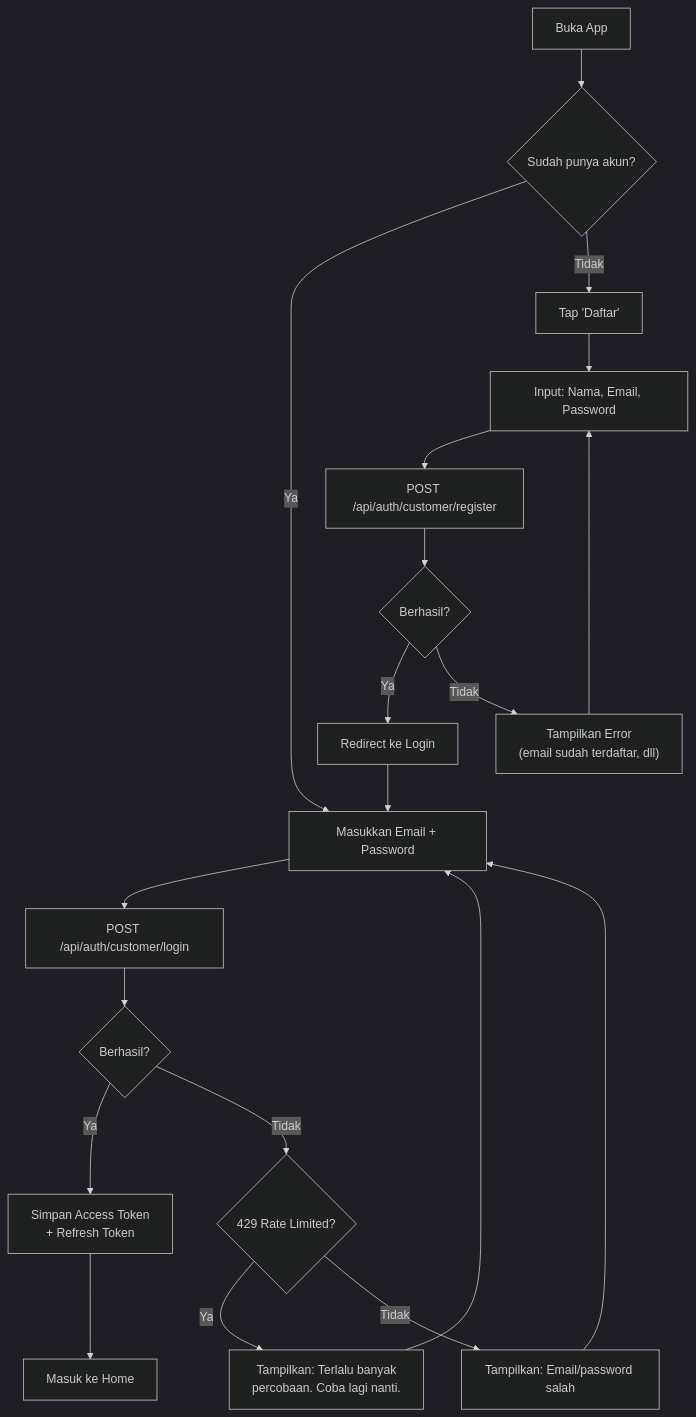
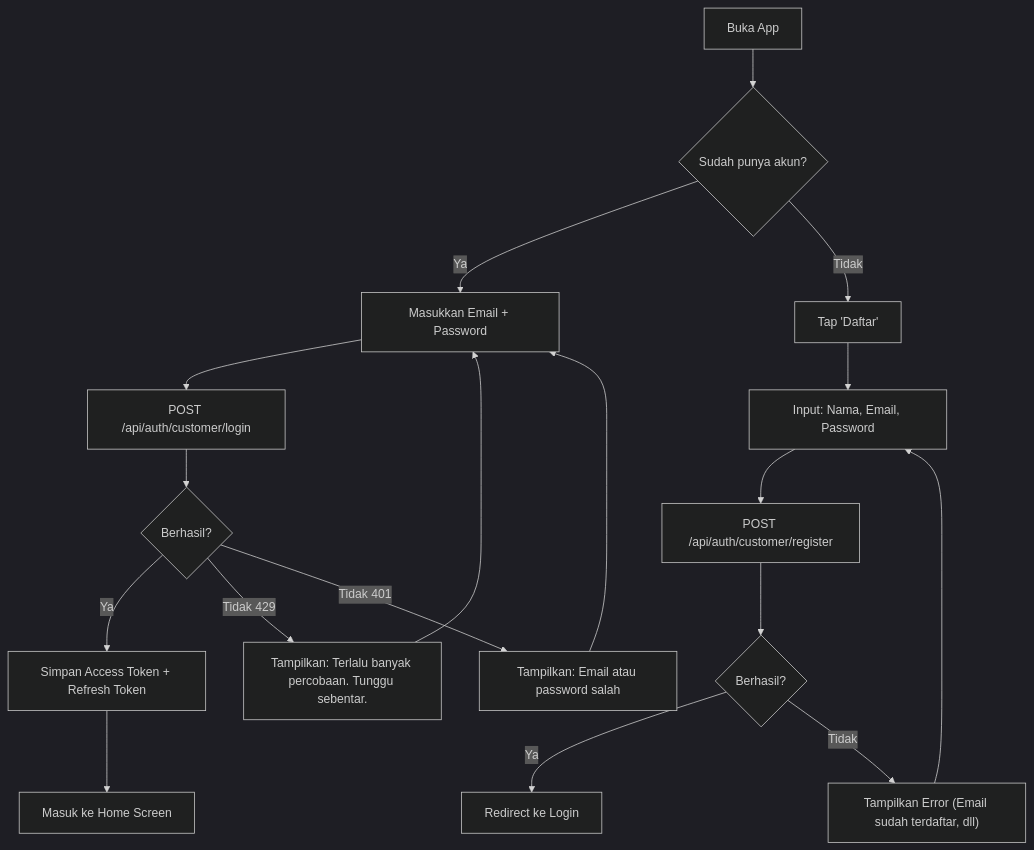
The fourth of 7 diagrams in prd/GG Tix - Dokumen Konsep Lengkap.md (Artdi222/GG-Tix), drawn with Mermaid (dark theme) before and after one commit. The commit also changed other lines of this file and 12 other files, not shown here.

````diff
--- a/prd/GG Tix - Dokumen Konsep Lengkap.md
+++ b/prd/GG Tix - Dokumen Konsep Lengkap.md
@@ -444,22 +445,20 @@
 ```mermaid
 flowchart TD
     A["Buka App"] --> B{"Sudah punya akun?"}
     B -->|Ya| C["Masukkan Email + Password"]
     B -->|Tidak| D["Tap 'Daftar'"]
     D --> E["Input: Nama, Email, Password"]
     E --> F["POST /api/auth/customer/register"]
     F --> G{"Berhasil?"}
     G -->|Ya| H["Redirect ke Login"]
-    G -->|Tidak| I["Tampilkan Error<br/>(email sudah terdaftar, dll)"]
+    G -->|Tidak| I["Tampilkan Error (Email sudah terdaftar, dll)"]
     I --> E
     C --> J["POST /api/auth/customer/login"]
     J --> K{"Berhasil?"}
-    K -->|Ya| L["Simpan Access Token<br/>+ Refresh Token"]
-    L --> M["Masuk ke Home"]
-    K -->|Tidak| N{"429 Rate Limited?"}
-    N -->|Ya| O["Tampilkan: Terlalu banyak<br/>percobaan. Coba lagi nanti."]
-    N -->|Tidak| P["Tampilkan: Email/password salah"]
+    K -->|Ya| L["Simpan Access Token + Refresh Token"]
+    L --> M["Masuk ke Home Screen"]
+    K -->|Tidak 429| N["Tampilkan: Terlalu banyak percobaan. Tunggu sebentar."]
+    K -->|Tidak 401| O["Tampilkan: Email atau password salah"]
+    N --> C
     O --> C
-    P --> C
-    H --> C
 ```
````
